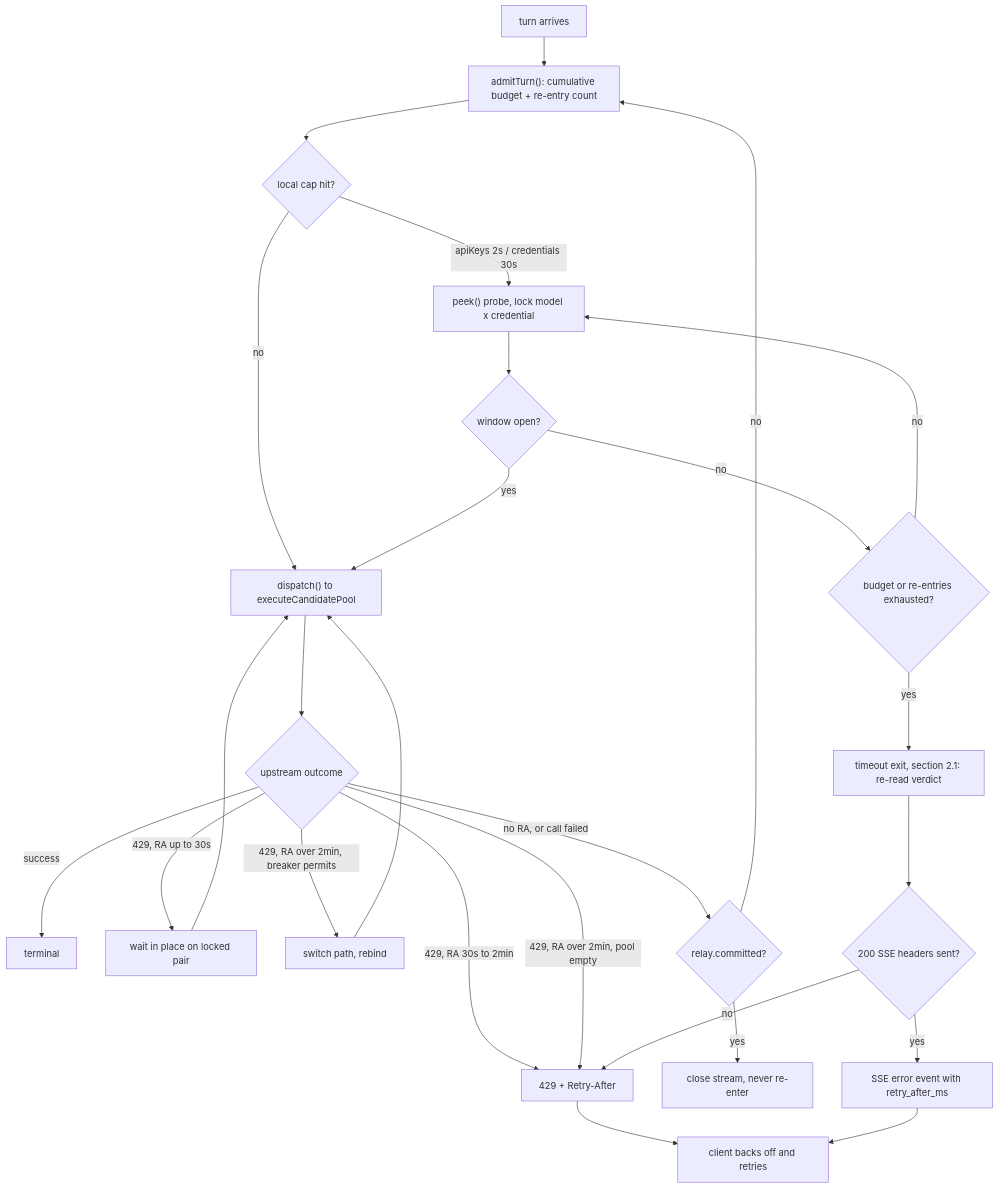
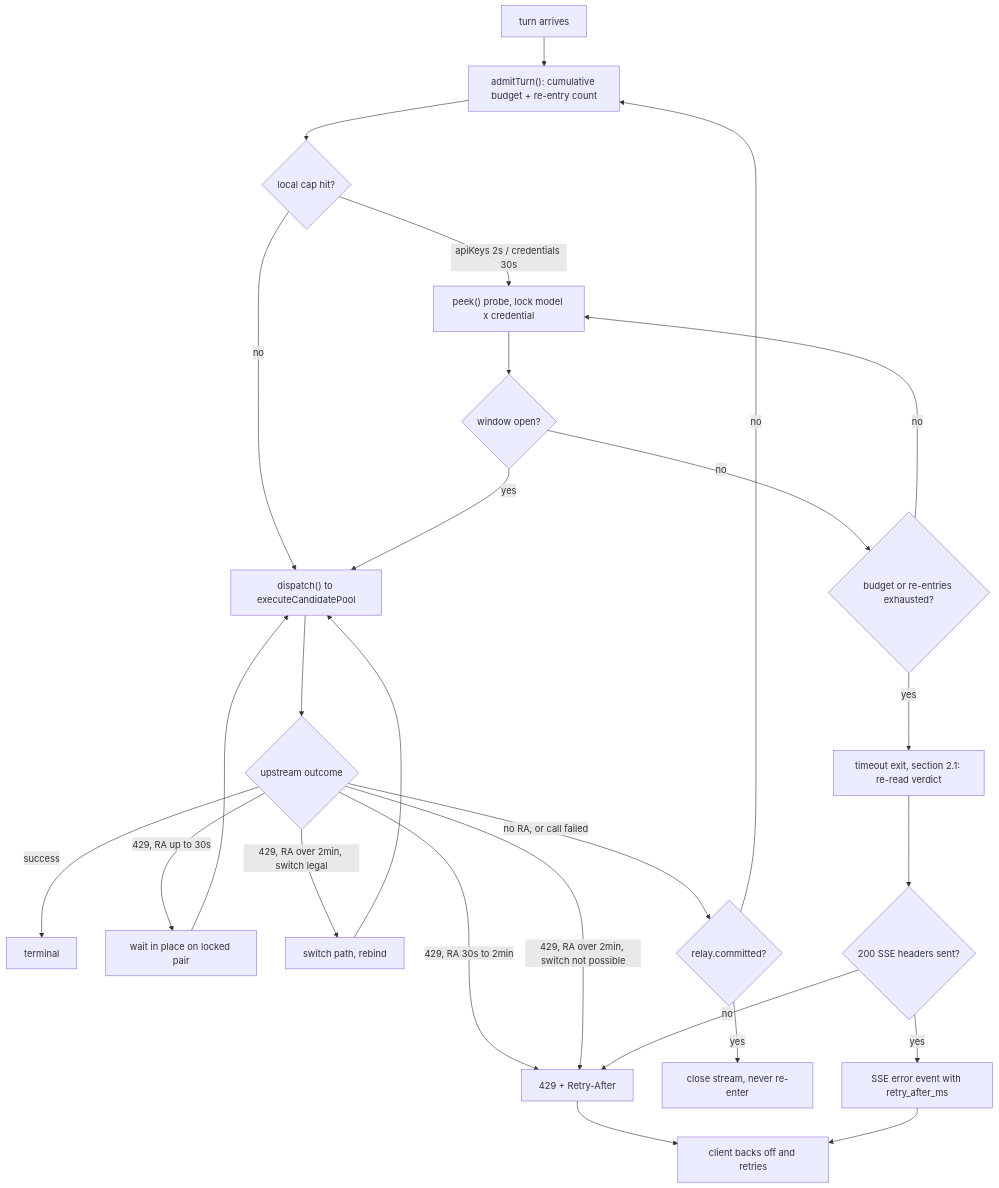
Before and after one commit to kenlin8827/omnicell-router: the diagram in docs/adr/0023-rate-limit-waiting-and-reentrant-admission.md, drawn with Mermaid. The commit also changed other lines of this file and 5 other files, not shown here.

First line of the commit message:
docs(adr-0023): tighten switch legality, pool-min scope and parser surface

````diff
--- a/docs/adr/0023-rate-limit-waiting-and-reentrant-admission.md
+++ b/docs/adr/0023-rate-limit-waiting-and-reentrant-admission.md
@@ -77,28 +82,28 @@
 ```mermaid
 flowchart TD
   A["turn arrives"] --> B["admitTurn(): cumulative budget + re-entry count"]
   B --> C{"local cap hit?"}
   C -->|"no"| D["dispatch() to executeCandidatePool"]
   C -->|"apiKeys 2s / credentials 30s"| E["peek() probe, lock model x credential"]
   E --> F{"window open?"}
   F -->|"yes"| D
   F -->|"no"| G{"budget or re-entries exhausted?"}
   G -->|"no"| E
   G -->|"yes"| X["timeout exit, section 2.1: re-read verdict"]
   D --> H{"upstream outcome"}
   H -->|"success"| OK["terminal"]
   H -->|"429, RA up to 30s"| I["wait in place on locked pair"]
   I --> D
   H -->|"429, RA 30s to 2min"| J["429 + Retry-After"]
-  H -->|"429, RA over 2min, breaker permits"| K["switch path, rebind"]
+  H -->|"429, RA over 2min, switch legal"| K["switch path, rebind"]
   K --> D
-  H -->|"429, RA over 2min, pool empty"| J
+  H -->|"429, RA over 2min, switch not possible"| J
   H -->|"no RA, or call failed"| L{"relay.committed?"}
   L -->|"no"| B
   L -->|"yes"| M["close stream, never re-enter"]
   X --> N{"200 SSE headers sent?"}
   N -->|"no"| J
   N -->|"yes"| O["SSE error event with retry_after_ms"]
   J --> CLI["client backs off and retries"]
   O --> CLI
 ```
````
